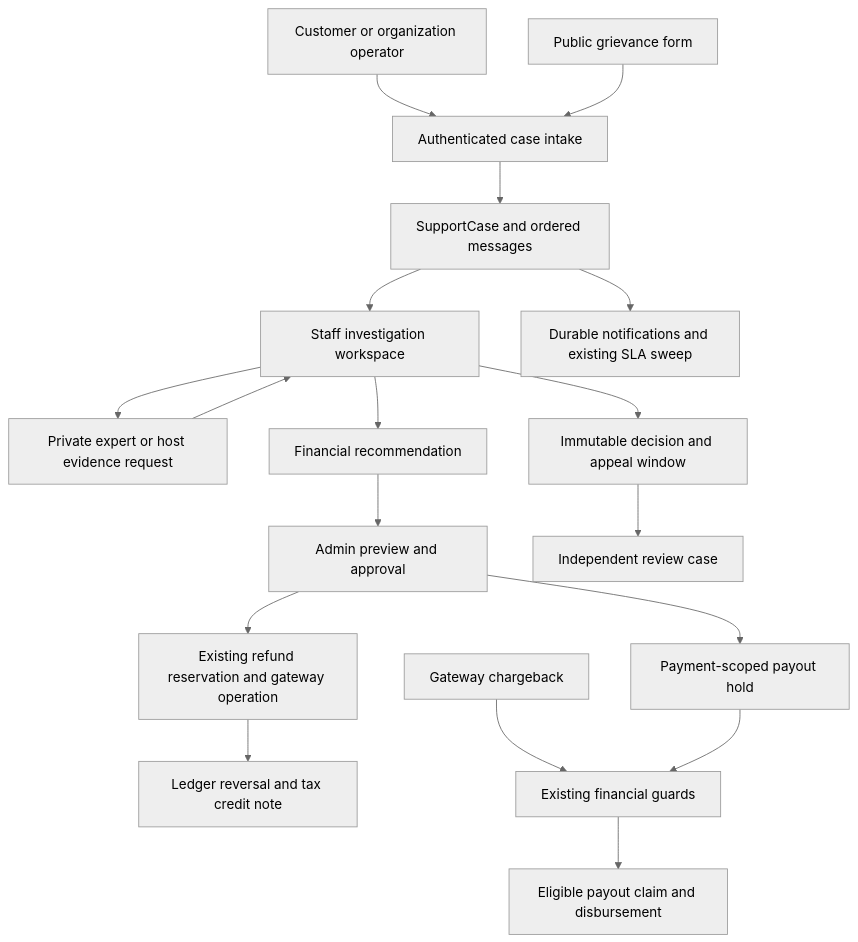
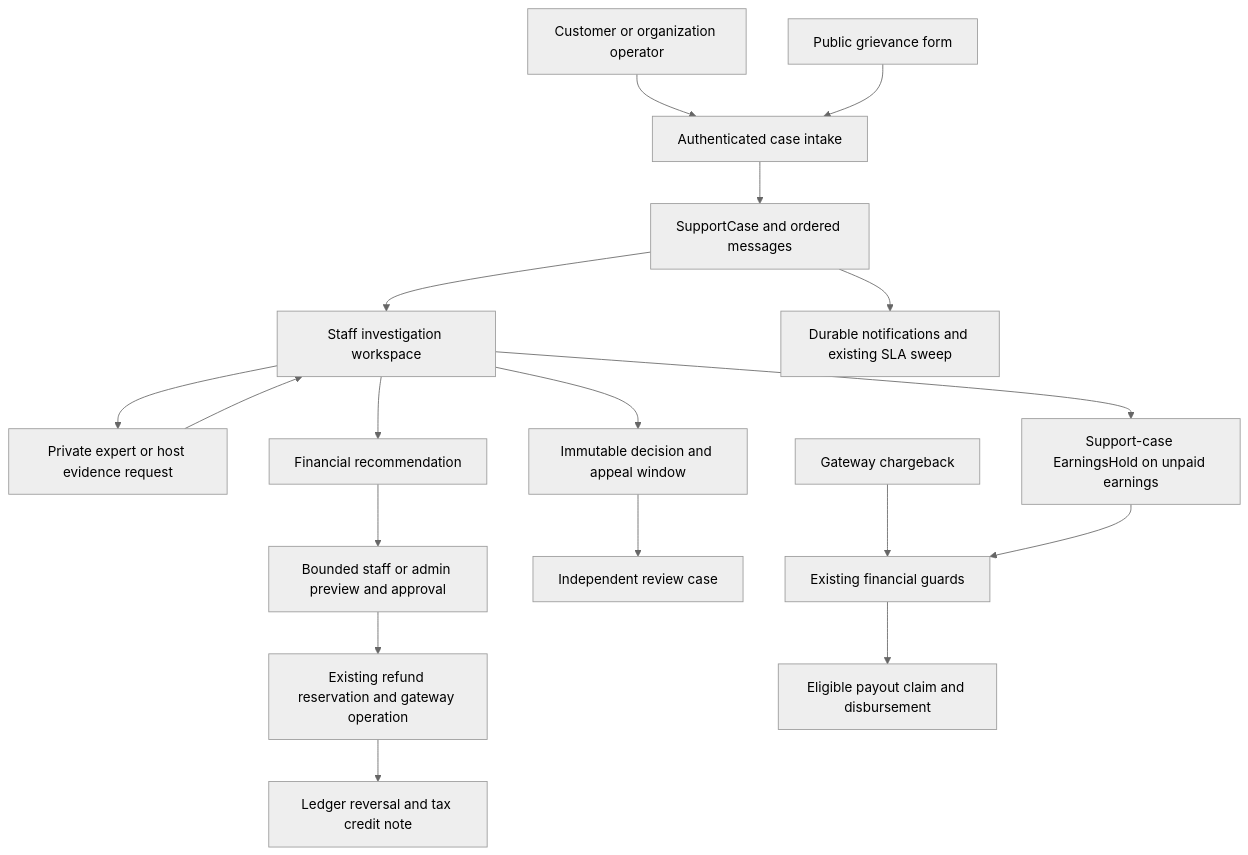
One commit to Practitionist/familiarise_web changed the diagram in docs/support/10-production-architecture.md. Above: the diagram before and after it, drawn with Mermaid (neutral theme). The commit also changed other lines of this file and 4 other files, not shown here.

Commit message:
docs(support): holds, bounded staff refunds and the platform cancel door

````diff
--- a/docs/support/10-production-architecture.md
+++ b/docs/support/10-production-architecture.md
@@ -11,20 +11,20 @@
 ```mermaid
 flowchart TD
   User[Customer or organization operator] --> Intake[Authenticated case intake]
   Public[Public grievance form] --> Intake
   Intake --> Case[SupportCase and ordered messages]
   Case --> Staff[Staff investigation workspace]
   Staff --> Evidence[Private expert or host evidence request]
   Evidence --> Staff
   Staff --> Decision[Immutable decision and appeal window]
   Staff --> Recommendation[Financial recommendation]
-  Recommendation --> Admin[Admin preview and approval]
-  Admin --> Refund[Existing refund reservation and gateway operation]
+  Recommendation --> Review["Bounded staff or admin preview and approval"]
+  Review --> Refund[Existing refund reservation and gateway operation]
   Refund --> Ledger[Ledger reversal and tax credit note]
-  Admin --> Hold[Payment-scoped payout hold]
+  Staff --> Hold["Support-case EarningsHold on unpaid earnings"]
   Decision --> Appeal[Independent review case]
   Case --> Outbox[Durable notifications and existing SLA sweep]
   Chargeback[Gateway chargeback] --> Money[Existing financial guards]
   Hold --> Money
   Money --> Payout[Eligible payout claim and disbursement]
 ```
````
